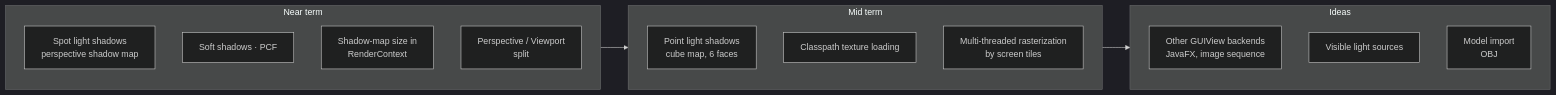
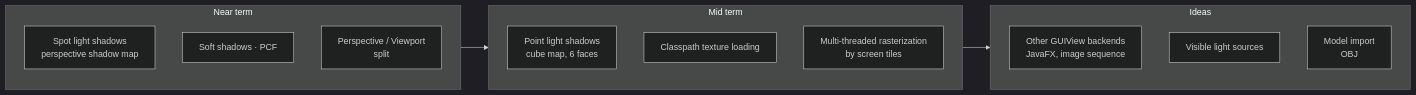
Diagram 20 of 20 in docs/DESIGN.md (obarry/Aventura), drawn with Mermaid (dark theme) before and after one commit. The commit also changed other lines of this file and 5 other files, not shown here.

````diff
--- a/docs/DESIGN.md
+++ b/docs/DESIGN.md
@@ -679,20 +687,19 @@
 ```mermaid
 flowchart LR
     subgraph NOW["Near term"]
         n1[Spot light shadows<br/>perspective shadow map]
         n2[Soft shadows · PCF]
-        n3[Shadow-map size in<br/>RenderContext]
         n4[Perspective / Viewport<br/>split]
     end
     subgraph NEXT["Mid term"]
         m1[Point light shadows<br/>cube map, 6 faces]
         m2[Classpath texture loading]
         m3[Multi-threaded rasterization<br/>by screen tiles]
     end
     subgraph LATER["Ideas"]
         l1[Other GUIView backends<br/>JavaFX, image sequence]
         l2[Visible light sources]
         l3[Model import<br/>OBJ]
     end
     NOW --> NEXT --> LATER
 ```
````
